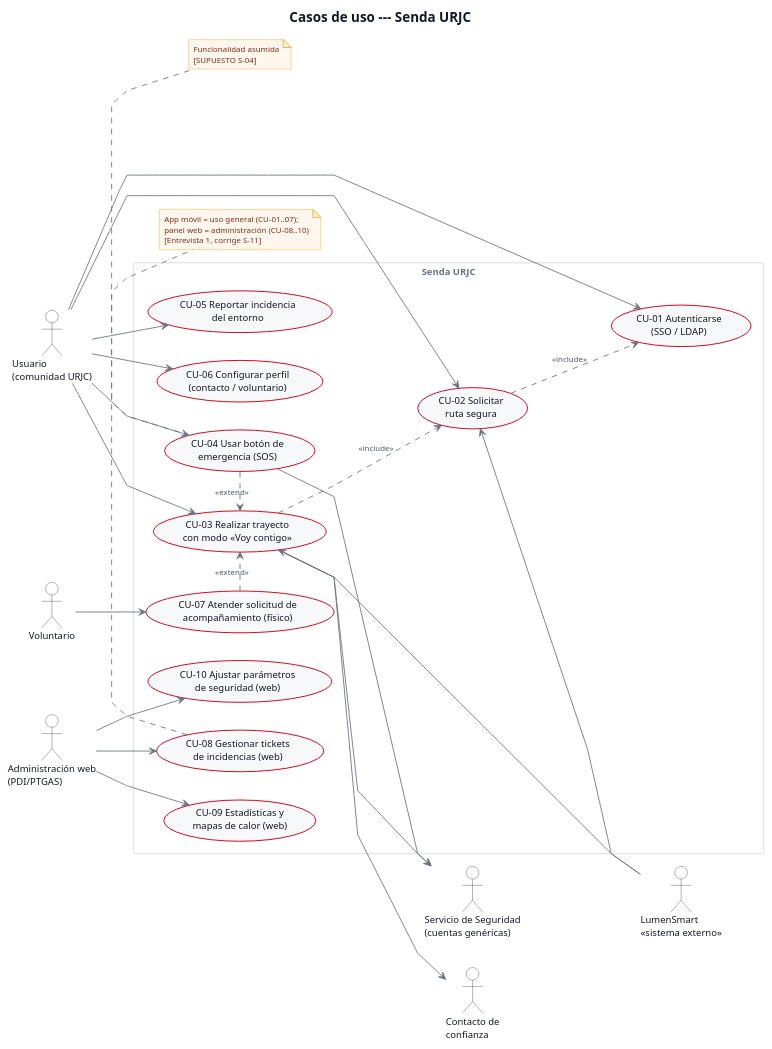
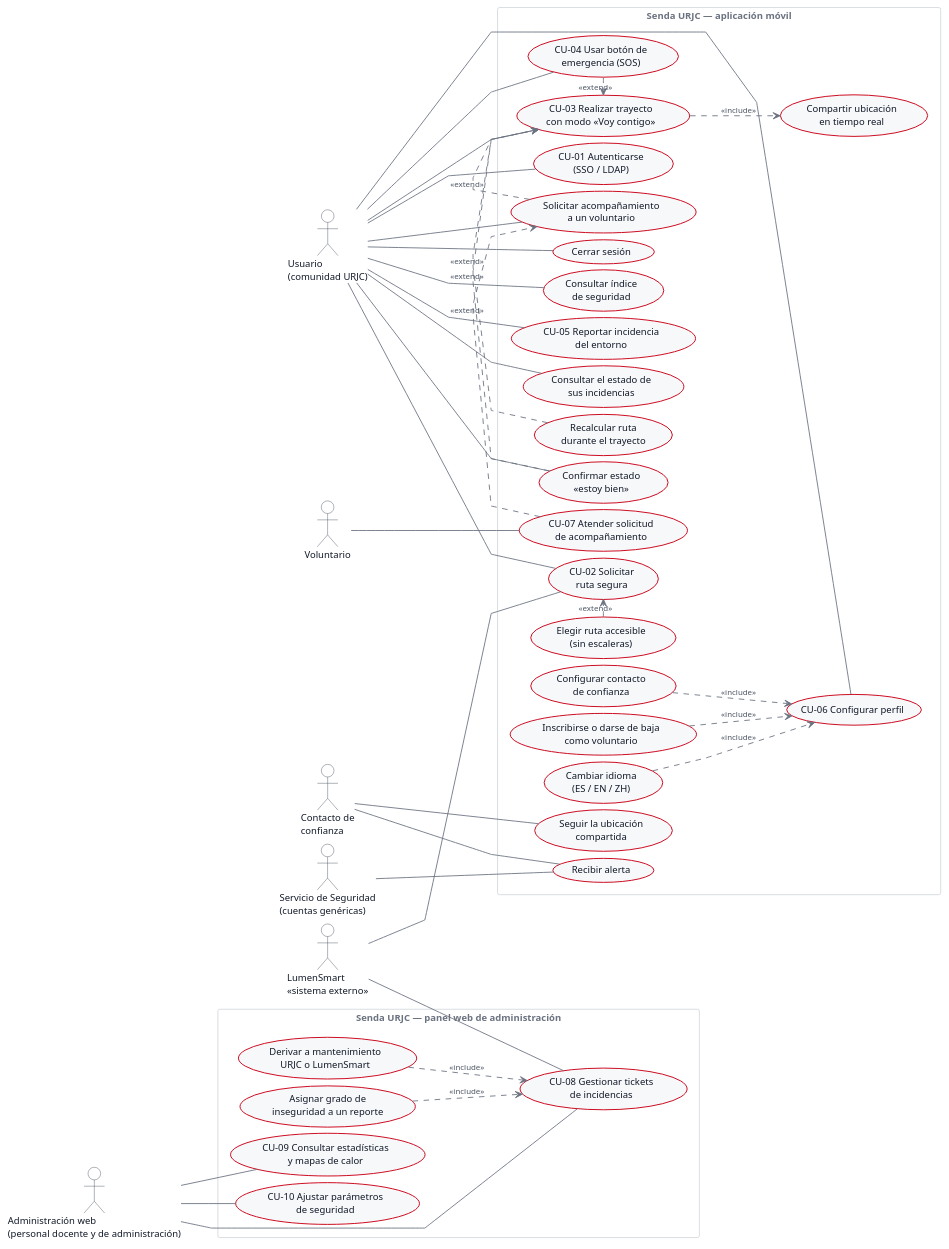
One commit to adrianpalacio/tfg-senda-urjc changed the diagram in fase3-especificacion/uml/casos-de-uso.puml. Above: the diagram before and after it, drawn with PlantUML. The commit also changed 7 other files, not shown here.

Commit message:
UML rehechos tras la revision del tutor: casos de uso ampliados (solicitar/atender acompanamiento separados, sin flechas actor-CU, sin notas), clases con jerarquia de roles, estados planos sin marcadores de supuesto

```diff
--- a/fase3-especificacion/uml/casos-de-uso.puml
+++ b/fase3-especificacion/uml/casos-de-uso.puml
@@ -1,95 +1,112 @@
 @startuml casos-de-uso
-' Rama tradicional - catalogo CU-01..CU-10 (actualizado 25/08/2026 tras Entrevista 1)
+' Rama tradicional - catalogo CU-01..CU-10 + casos subordinados
+' Rehecho 12/09/2026 segun comentarios del tutor (pags 95-96 de la revision):
+' sin flechas actor-CU, sin notas, sin titulo interno, mas casos de uso,
+' separada la solicitud de acompanamiento de su atencion, Seguridad/Contacto
+' desconectados de CU-03 (participan via "Recibir alerta"/"Seguir ubicacion").
 left to right direction
 skinparam packageStyle rectangle
 skinparam shadowing false
 skinparam linetype polyline
+skinparam nodesep 8
+skinparam ranksep 60
 skinparam backgroundColor #FFFFFF
 skinparam defaultFontName "Segoe UI"
 skinparam defaultFontSize 12
 skinparam ArrowColor #6B7280
 skinparam ArrowThickness 1.1
 skinparam ArrowFontColor #4B5563
 skinparam ArrowFontSize 10
-skinparam TitleFontName "Segoe UI Semibold"
-skinparam TitleFontSize 17
-skinparam TitleFontColor #111827
 skinparam usecase {
   BackgroundColor #F7F8FA
   BorderColor #CB0017
   BorderThickness 1.2
   FontColor #111827
   FontSize 12
 }
 skinparam actor {
   BackgroundColor #FFFFFF
   BorderColor #374151
   FontColor #111827
 }
 skinparam rectangle {
   BackgroundColor #FFFFFF
   BorderColor #D1D5DB
   FontColor #6B7280
 }
-skinparam note {
-  BackgroundColor #FFF7ED
-  BorderColor #F59E0B
-  FontColor #7C2D12
-  FontSize 10
-}
-
-title Casos de uso --- Senda URJC
 
 actor "Usuario\n(comunidad URJC)" as Usuario
 actor "Voluntario" as Voluntario
-actor "Administración web\n(PDI/PTGAS)" as Admin
 
-rectangle "Senda URJC" {
+rectangle "Senda URJC — aplicación móvil" {
   usecase "CU-01 Autenticarse\n(SSO / LDAP)" as CU01
+  usecase "Cerrar sesión" as CUCerrar
   usecase "CU-02 Solicitar\nruta segura" as CU02
+  usecase "Elegir ruta accesible\n(sin escaleras)" as CUAcc
+  usecase "Consultar índice\nde seguridad" as CUIsp
   usecase "CU-03 Realizar trayecto\ncon modo «Voy contigo»" as CU03
+  usecase "Compartir ubicación\nen tiempo real" as CUUbi
+  usecase "Confirmar estado\n«estoy bien»" as CUOk
+  usecase "Recalcular ruta\ndurante el trayecto" as CURecalc
+  usecase "Solicitar acompañamiento\na un voluntario" as CUSolAc
+  usecase "CU-07 Atender solicitud\nde acompañamiento" as CU07
   usecase "CU-04 Usar botón de\nemergencia (SOS)" as CU04
   usecase "CU-05 Reportar incidencia\ndel entorno" as CU05
-  usecase "CU-06 Configurar perfil\n(contacto / voluntario)" as CU06
-  usecase "CU-07 Atender solicitud de\nacompañamiento (físico)" as CU07
-  usecase "CU-08 Gestionar tickets\nde incidencias (web)" as CU08
-  usecase "CU-09 Estadísticas y\nmapas de calor (web)" as CU09
-  usecase "CU-10 Ajustar parámetros\nde seguridad (web)" as CU10
+  usecase "Consultar el estado de\nsus incidencias" as CUEstInc
+  usecase "CU-06 Configurar perfil" as CU06
+  usecase "Configurar contacto\nde confianza" as CUCont
+  usecase "Inscribirse o darse de baja\ncomo voluntario" as CUVol
+  usecase "Cambiar idioma\n(ES / EN / ZH)" as CUIdio
+  usecase "Recibir alerta" as CUAlerta
+  usecase "Seguir la ubicación\ncompartida" as CUSeguir
+}
+
+rectangle "Senda URJC — panel web de administración" {
+  usecase "CU-08 Gestionar tickets\nde incidencias" as CU08
+  usecase "Derivar a mantenimiento\nURJC o LumenSmart" as CUDeriv
+  usecase "Asignar grado de\ninseguridad a un reporte" as CUGrado
+  usecase "CU-09 Consultar estadísticas\ny mapas de calor" as CU09
+  usecase "CU-10 Ajustar parámetros\nde seguridad" as CU10
 }
 
 actor "Contacto de\nconfianza" as Contacto
 actor "Servicio de Seguridad\n(cuentas genéricas)" as Seguridad
+actor "Administración web\n(personal docente y de administración)" as Admin
 actor "LumenSmart\n<<sistema externo>>" as Lumen
 
-Usuario --> CU01
-Usuario --> CU02
-Usuario --> CU03
-Usuario --> CU04
-Usuario --> CU05
-Usuario --> CU06
-Voluntario --> CU07
-Admin --> CU08
-Admin --> CU09
-Admin --> CU10
+' Asociaciones actor - caso de uso (sin flecha)
+Usuario -- CU01
+Usuario -- CUCerrar
+Usuario -- CU02
+Usuario -- CUIsp
+Usuario -- CU03
+Usuario -- CUOk
+Usuario -- CUSolAc
+Usuario -- CU04
+Usuario -- CU05
+Usuario -- CUEstInc
+Usuario -- CU06
+Voluntario -- CU07
+Contacto -- CUAlerta
+Contacto -- CUSeguir
+Seguridad -- CUAlerta
+Admin -- CU08
+Admin -- CU09
+Admin -- CU10
+Lumen -- CU02
+Lumen -- CU08
 
-CU02 ..> CU01 : <<include>>
-CU03 ..> CU02 : <<include>>
+' Relaciones include / extend
+CUAcc .> CU02 : <<extend>>
+CURecalc .> CU03 : <<extend>>
+CUOk .> CU03 : <<extend>>
+CU03 ..> CUUbi : <<include>>
+CUSolAc .> CU03 : <<extend>>
+CU07 .> CUSolAc : <<extend>>
 CU04 .> CU03 : <<extend>>
-CU07 .> CU03 : <<extend>>
-
-CU03 --> Contacto
-CU03 --> Seguridad
-CU04 --> Seguridad
-CU02 <-- Lumen
-CU03 <-- Lumen
-
-note bottom of CU08
-  App móvil = uso general (CU-01..07);
-  panel web = administración (CU-08..10)
-  [Entrevista 1, corrige S-11]
-end note
-note bottom of CU04
-  Funcionalidad asumida
-  [SUPUESTO S-04]
-end note
+CUCont ..> CU06 : <<include>>
+CUVol ..> CU06 : <<include>>
+CUIdio ..> CU06 : <<include>>
+CUDeriv ..> CU08 : <<include>>
+CUGrado ..> CU08 : <<include>>
 @enduml
```
